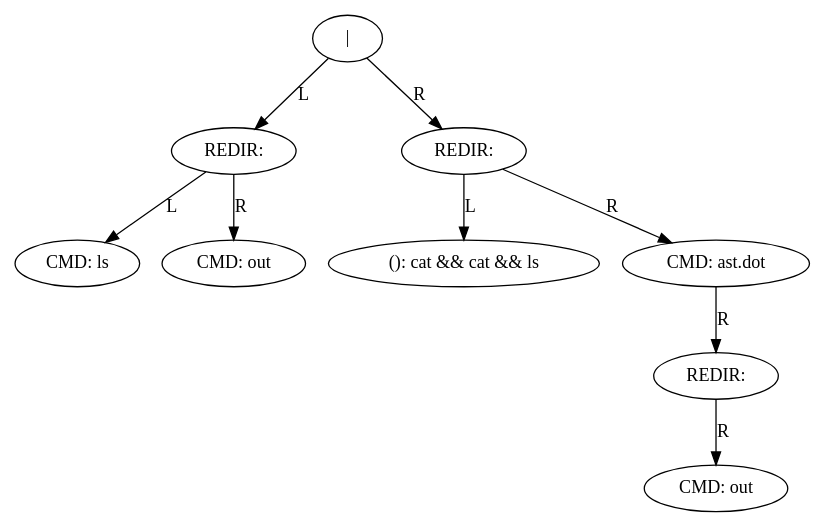
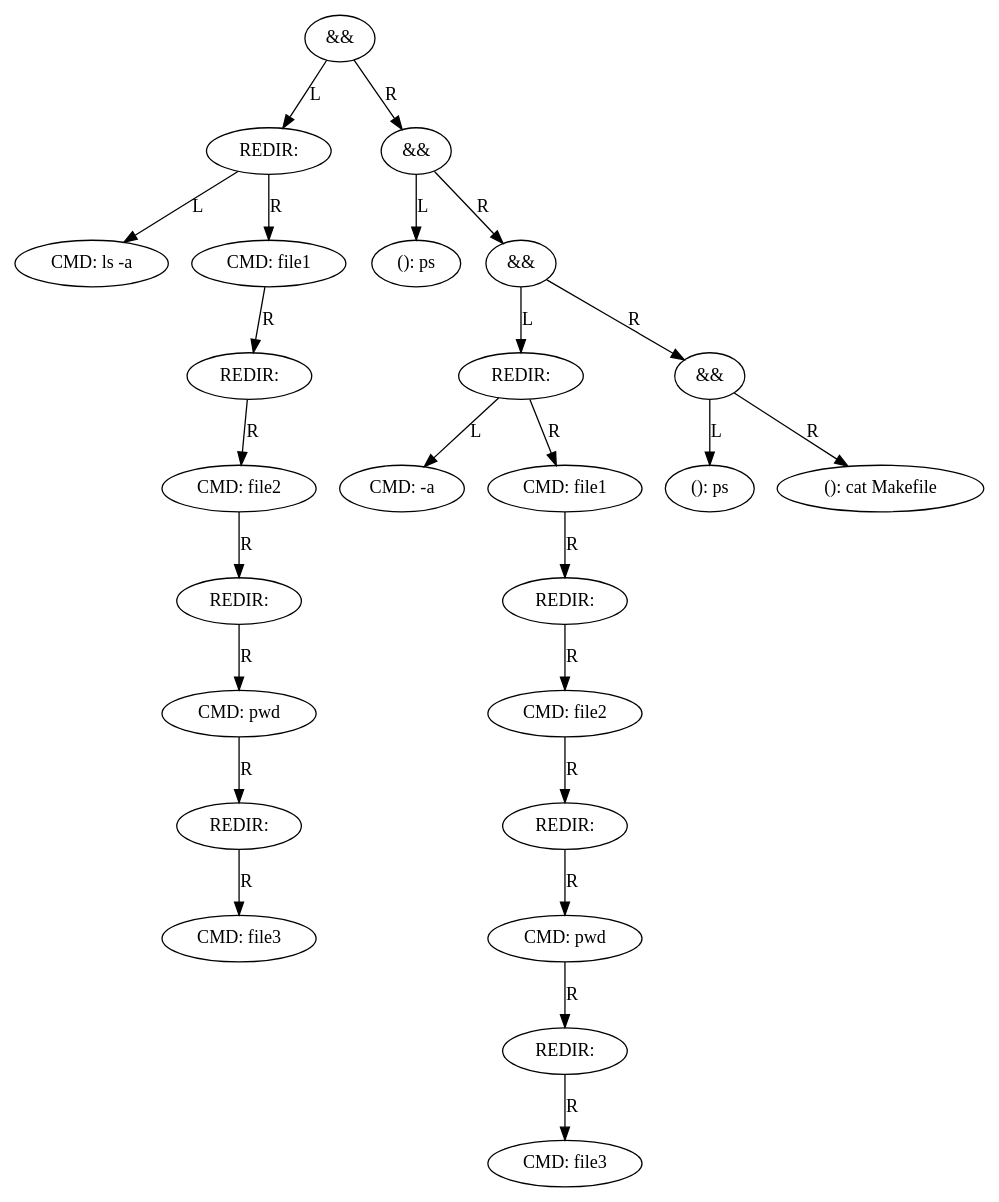
Before and after one commit to elachyry/minishell: the diagram in ast.dot, drawn with Graphviz. The commit also changed 19 other files, not shown here.

```diff
--- a/ast.dot
+++ b/ast.dot
@@ -1,19 +1,51 @@
 digraph AST {
-"0x60300000a7b0" [label="|"];
-"0x60300000a7b0" -> "0x60300000a7e0" [label="L"];
-"0x60300000a7e0" [label="REDIR: "];
-"0x60300000a7e0" -> "0x60300000a810" [label="L"];
-"0x60300000a810" [label="CMD: ls"];
-"0x60300000a7e0" -> "0x60300000a840" [label="R"];
-"0x60300000a840" [label="CMD: out"];
-"0x60300000a7b0" -> "0x60300000a870" [label="R"];
-"0x60300000a870" [label="REDIR: "];
-"0x60300000a870" -> "0x60300000a8a0" [label="L"];
-"0x60300000a8a0" [label="(): cat && cat && ls"];
-"0x60300000a870" -> "0x60300000a8d0" [label="R"];
-"0x60300000a8d0" [label="CMD: ast.dot"];
-"0x60300000a8d0" -> "0x60300000a900" [label="R"];
-"0x60300000a900" [label="REDIR: "];
-"0x60300000a900" -> "0x60300000a930" [label="R"];
-"0x60300000a930" [label="CMD: out"];
+"0x603000001ab0" [label="&&"];
+"0x603000001ab0" -> "0x603000001ae0" [label="L"];
+"0x603000001ae0" [label="REDIR: "];
+"0x603000001ae0" -> "0x603000001b10" [label="L"];
+"0x603000001b10" [label="CMD: ls -a"];
+"0x603000001ae0" -> "0x603000001b70" [label="R"];
+"0x603000001b70" [label="CMD: file1"];
+"0x603000001b70" -> "0x603000001ba0" [label="R"];
+"0x603000001ba0" [label="REDIR: "];
+"0x603000001ba0" -> "0x603000001bd0" [label="R"];
+"0x603000001bd0" [label="CMD: file2"];
+"0x603000001bd0" -> "0x603000001c00" [label="R"];
+"0x603000001c00" [label="REDIR: "];
+"0x603000001c00" -> "0x603000001c30" [label="R"];
+"0x603000001c30" [label="CMD: pwd"];
+"0x603000001c30" -> "0x603000001c60" [label="R"];
+"0x603000001c60" [label="REDIR: "];
+"0x603000001c60" -> "0x603000001c90" [label="R"];
+"0x603000001c90" [label="CMD: file3"];
+"0x603000001ab0" -> "0x603000001cc0" [label="R"];
+"0x603000001cc0" [label="&&"];
+"0x603000001cc0" -> "0x603000001cf0" [label="L"];
+"0x603000001cf0" [label="(): ps"];
+"0x603000001cc0" -> "0x603000001d20" [label="R"];
+"0x603000001d20" [label="&&"];
+"0x603000001d20" -> "0x603000001d50" [label="L"];
+"0x603000001d50" [label="REDIR: "];
+"0x603000001d50" -> "0x603000001d80" [label="L"];
+"0x603000001d80" [label="CMD: -a"];
+"0x603000001d50" -> "0x603000001db0" [label="R"];
+"0x603000001db0" [label="CMD: file1"];
+"0x603000001db0" -> "0x603000001de0" [label="R"];
+"0x603000001de0" [label="REDIR: "];
+"0x603000001de0" -> "0x603000001e10" [label="R"];
+"0x603000001e10" [label="CMD: file2"];
+"0x603000001e10" -> "0x603000001e40" [label="R"];
+"0x603000001e40" [label="REDIR: "];
+"0x603000001e40" -> "0x603000001e70" [label="R"];
+"0x603000001e70" [label="CMD: pwd"];
+"0x603000001e70" -> "0x603000001ea0" [label="R"];
+"0x603000001ea0" [label="REDIR: "];
+"0x603000001ea0" -> "0x603000001ed0" [label="R"];
+"0x603000001ed0" [label="CMD: file3"];
+"0x603000001d20" -> "0x603000001f00" [label="R"];
+"0x603000001f00" [label="&&"];
+"0x603000001f00" -> "0x603000001f30" [label="L"];
+"0x603000001f30" [label="(): ps"];
+"0x603000001f00" -> "0x603000001f90" [label="R"];
+"0x603000001f90" [label="(): cat Makefile"];
 }
```
